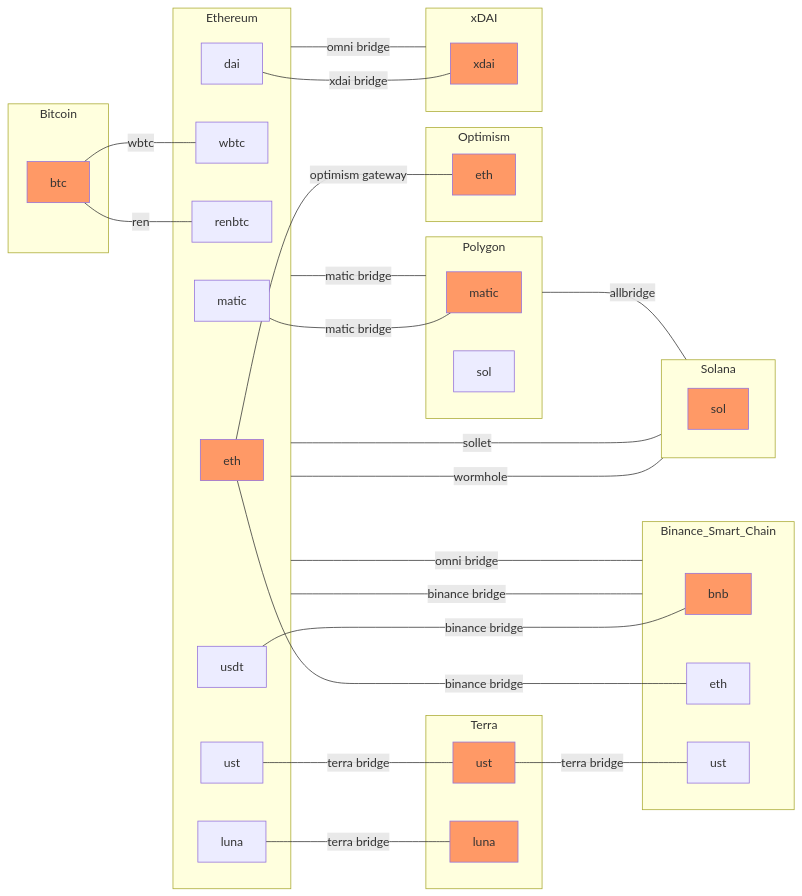
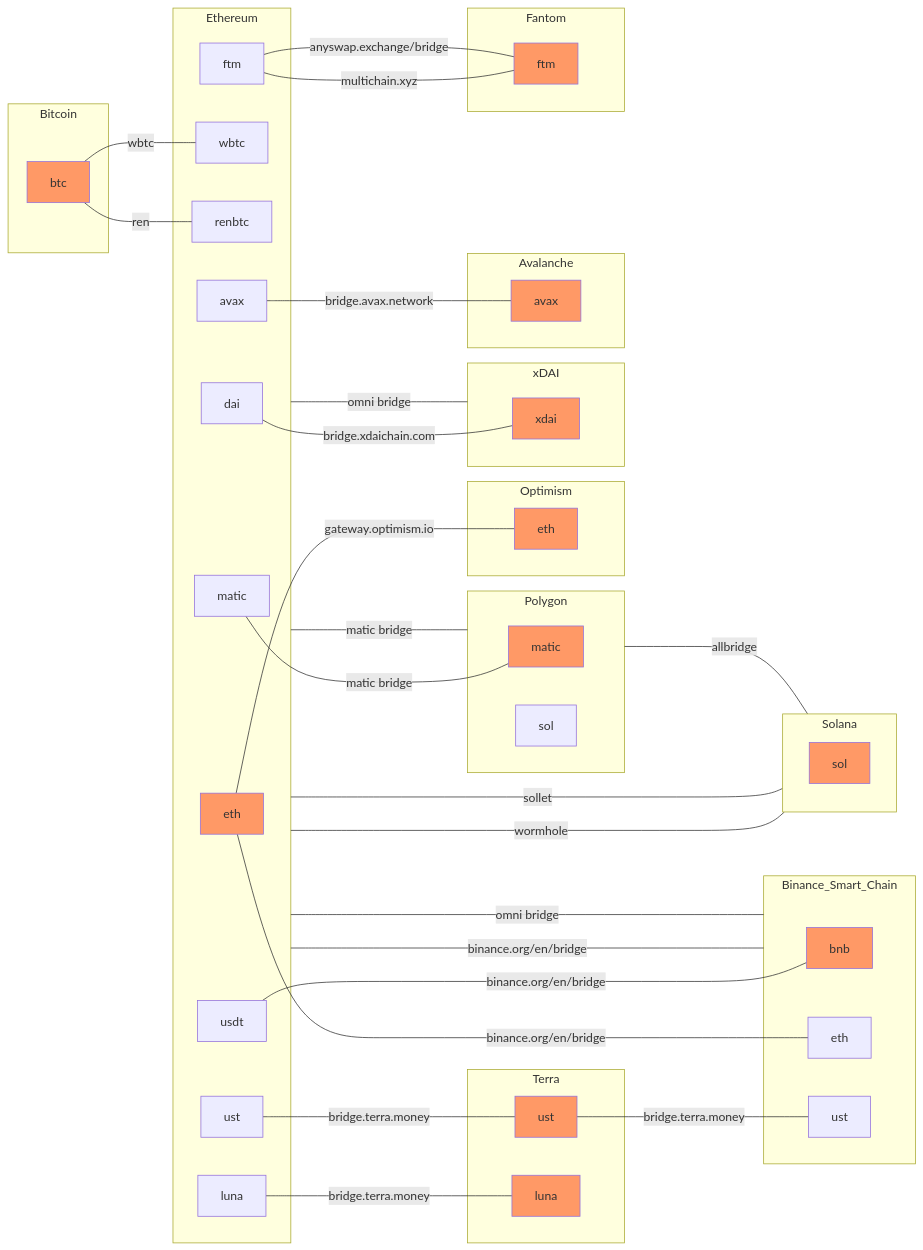
Before and after one commit to djma/cryptomaps: the diagram in traversing-chains/traversing-chains.mermaid, drawn with Mermaid. The commit also changed other lines of this file and 1 other file, not shown here.

Commit message:
Update map with avax and ftm

```diff
--- a/traversing-chains/traversing-chains.mermaid
+++ b/traversing-chains/traversing-chains.mermaid
@@ -1,69 +1,84 @@
 flowchart LR
     classDef native fill:#f96;
 
     subgraph "Ethereum"
     eth-eth[eth]:::native
     eth-wbtc[wbtc]
     eth-renbtc[renbtc]
     eth-dai[dai]
     eth-ust[ust]
     eth-luna[luna]
     eth-usdt[usdt]
     eth-matic[matic]
+    eth-avax[avax]
+    eth-ftm[ftm]
     end
 
     subgraph "Polygon"
     polygon-matic[matic]:::native
     polygon-sol[sol]
     end
 
     subgraph Binance_Smart_Chain
     bsc-bnb[bnb]:::native
     bsc-eth[eth]
     bsc-ust[ust]
     end
 
     subgraph "Terra"
     terra-ust[ust]:::native
     terra-luna[luna]:::native
     end
 
     subgraph "Solana"
     solana-sol[sol]:::native
     end
 
     subgraph "Bitcoin"
     bitcoin-btc[btc]:::native
     end
 
     subgraph "Optimism"
     optimism-eth[eth]:::native
     end
 
     subgraph "xDAI"
     xdai-xdai[xdai]:::native
     end
 
-    eth-ust ---|"terra bridge"| terra-ust
-    eth-luna ---|"terra bridge"| terra-luna
-    terra-ust ---|"terra bridge"| bsc-ust
+    subgraph "Avalanche"
+    avalanche-avax[avax]:::native
+    end
 
-    eth-eth ---|"optimism gateway"| optimism-eth
+    subgraph "Fantom"
+    fantom-ftm[ftm]:::native
+    end
+
+    eth-ust ---|"bridge.terra.money"| terra-ust
+    eth-luna ---|"bridge.terra.money"| terra-luna
+    terra-ust ---|"bridge.terra.money"| bsc-ust
+
+    eth-eth ---|"gateway.optimism.io"| optimism-eth
+
+    eth-avax[avax] ---|"bridge.avax.network"| avalanche-avax
+
+    eth-ftm[ftm] ---|"multichain.xyz"| fantom-ftm
+    eth-ftm[ftm] ---|"anyswap.exchange/bridge"| fantom-ftm
     
-    eth-dai ---|"xdai bridge"| xdai-xdai
+    eth-dai ---|"bridge.xdaichain.com"| xdai-xdai
 
-    eth-usdt ---|"binance bridge"| bsc-bnb
-    eth-eth ---|"binance bridge"| bsc-eth
+    eth-usdt ---|"binance.org/en/bridge"| bsc-bnb
+    eth-eth ---|"binance.org/en/bridge"| bsc-eth
 
     eth-matic ---|"matic bridge"| polygon-matic
     
     bitcoin-btc ---|"ren"| eth-renbtc
     bitcoin-btc ---|"wbtc"| eth-wbtc
 
     Ethereum ---|"omni bridge"| xDAI
-    Ethereum ---|"binance bridge"| Binance_Smart_Chain
+    Ethereum ---|"binance.org/en/bridge"| Binance_Smart_Chain
     Ethereum ---|"omni bridge"| Binance_Smart_Chain
     Ethereum ---|"wormhole"| Solana
     Ethereum ---|"sollet"| Solana
     Ethereum ---|"matic bridge"| Polygon
     Polygon ---|"allbridge"| Solana
```
